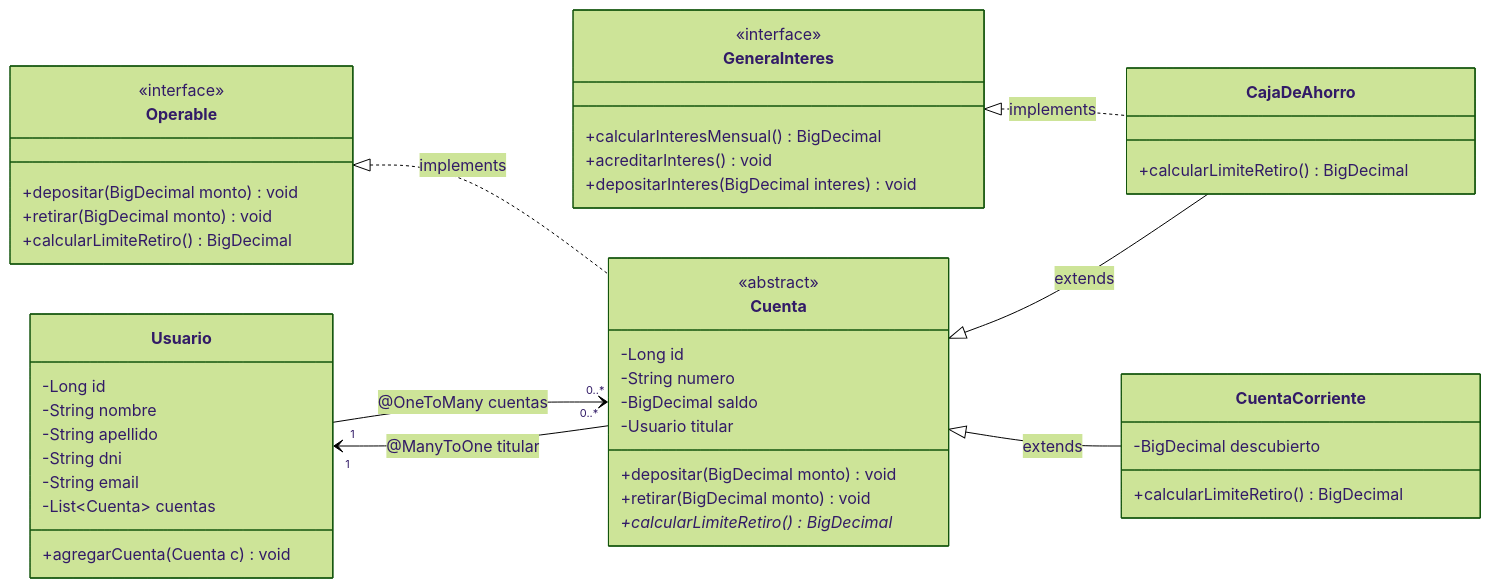
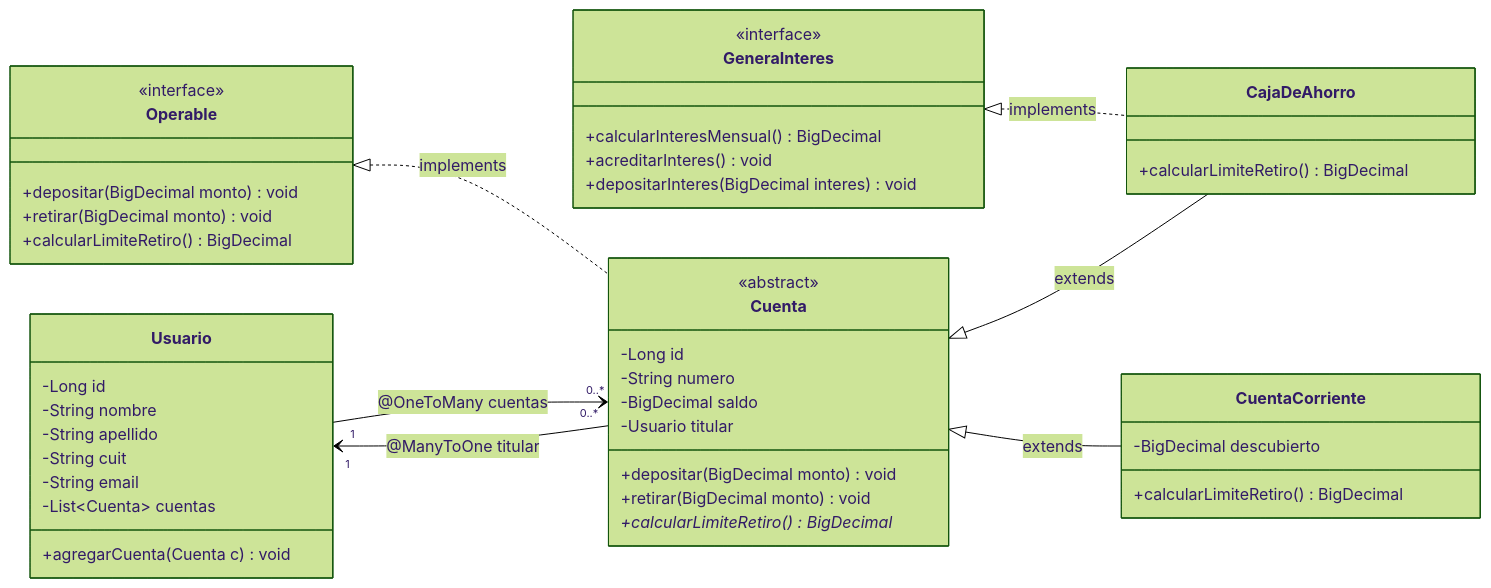
Before and after one commit to Gandara03/TPUTNMedioTermino: the first of 2 diagrams in docs/modelo-dominio.md, drawn with Mermaid (forest theme). The commit also changed other lines of this file and 44 other files, not shown here.

````diff
--- a/docs/modelo-dominio.md
+++ b/docs/modelo-dominio.md
@@ -9,55 +9,55 @@
 ```mermaid
 classDiagram
     direction LR
 
     class Usuario {
         -Long id
         -String nombre
         -String apellido
-        -String dni
+        -String cuit
         -String email
         -List~Cuenta~ cuentas
         +agregarCuenta(Cuenta c) void
     }
 
     class Cuenta {
         <<abstract>>
         -Long id
         -String numero
         -BigDecimal saldo
         -Usuario titular
         +depositar(BigDecimal monto) void
         +retirar(BigDecimal monto) void
         +calcularLimiteRetiro()* BigDecimal
     }
 
     class CajaDeAhorro {
         +calcularLimiteRetiro() BigDecimal
     }
 
     class CuentaCorriente {
         -BigDecimal descubierto
         +calcularLimiteRetiro() BigDecimal
     }
 
     class Operable {
         <<interface>>
         +depositar(BigDecimal monto) void
         +retirar(BigDecimal monto) void
         +calcularLimiteRetiro() BigDecimal
     }
 
     class GeneraInteres {
         <<interface>>
         +calcularInteresMensual() BigDecimal
         +acreditarInteres() void
         +depositarInteres(BigDecimal interes) void
     }
 
     Operable <|.. Cuenta : implements
     GeneraInteres <|.. CajaDeAhorro : implements
     Usuario "1" --> "0..*" Cuenta : @OneToMany cuentas
     Cuenta "0..*" --> "1" Usuario : @ManyToOne titular
     Cuenta <|-- CajaDeAhorro : extends
     Cuenta <|-- CuentaCorriente : extends
 ```
````
